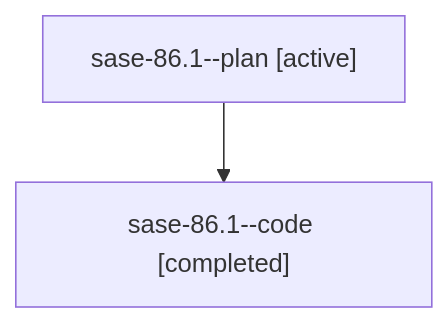
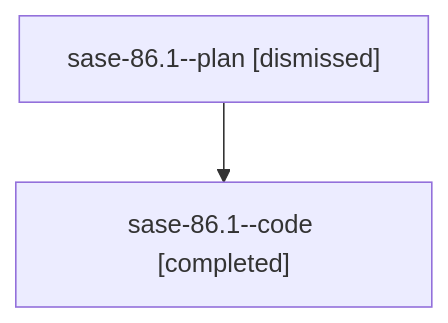
The diagram in sessions/bbugyi200.athena.sase-86.1.md (sase-org/sase--agents), drawn with Mermaid before and after one commit. The commit also changed other lines of this file and 88 other files, not shown here.

````diff
--- a/sessions/bbugyi200.athena.sase-86.1.md
+++ b/sessions/bbugyi200.athena.sase-86.1.md
@@ -9,6 +9,6 @@
 ```mermaid
 flowchart TD
-  n0["sase-86.1--plan [active]"]
+  n0["sase-86.1--plan [dismissed]"]
   n1["sase-86.1--code [completed]"]
   n0 --> n1
 ```
````
